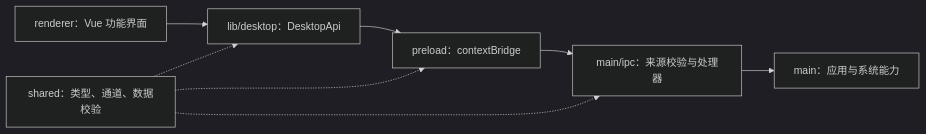
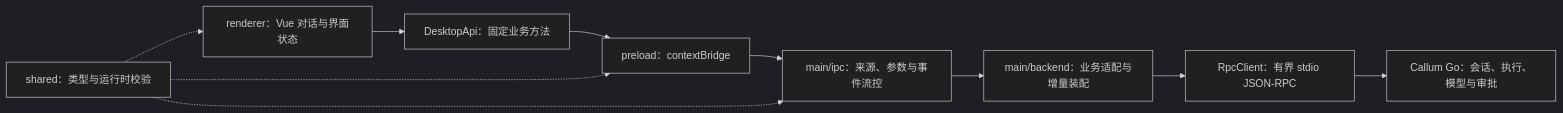
The diagram in docs/architecture.md (xiaoyu98628/callum-desktop), drawn with Mermaid (dark theme) before and after one commit. The commit also changed other lines of this file and 37 other files, not shown here.

````diff
--- a/docs/architecture.md
+++ b/docs/architecture.md
@@ -9,10 +9,12 @@
 ```mermaid
 flowchart LR
-  UI["renderer：Vue 功能界面"] --> Bridge["lib/desktop：DesktopApi"]
+  UI["renderer：Vue 对话与界面状态"] --> Bridge["DesktopApi：固定业务方法"]
   Bridge --> Preload["preload：contextBridge"]
-  Preload --> IPC["main/ipc：来源校验与处理器"]
-  IPC --> Main["main：应用与系统能力"]
-  Shared["shared：类型、通道、数据校验"] -.-> Bridge
-  Shared -.-> Preload
+  Preload --> IPC["main/ipc：来源、参数与事件流控"]
+  IPC --> Service["main/backend：业务适配与增量装配"]
+  Service --> RPC["RpcClient：有界 stdio JSON-RPC"]
+  RPC --> Go["Callum Go：会话、执行、模型与审批"]
+  Shared["shared：类型与运行时校验"] -.-> Preload
   Shared -.-> IPC
+  Shared -.-> UI
 ```
````
